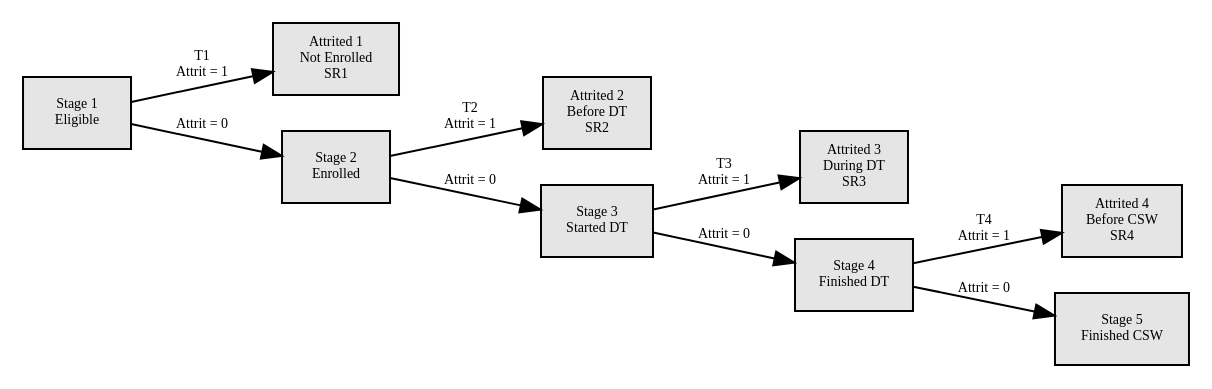
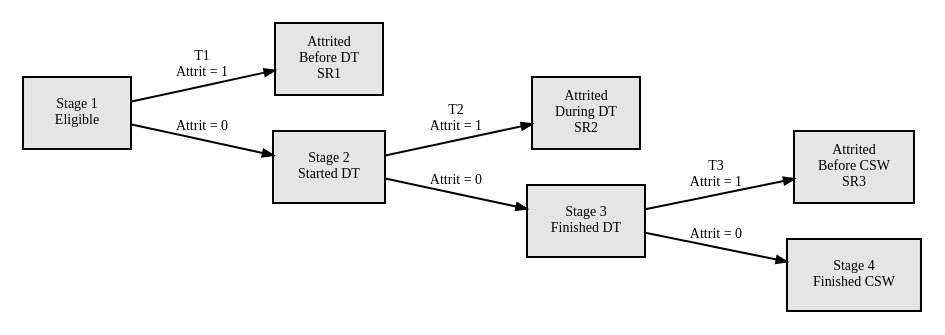
One commit to sjpierce/SANETPA changed the diagram in scripts/Descriptive_Analyses.qmd. Above: the diagram before and after it, drawn with Graphviz.

Commit message:
Update stages diagram to match revised Stage_Reached values.

````diff
--- a/scripts/Descriptive_Analyses.qmd
+++ b/scripts/Descriptive_Analyses.qmd
@@ -957,37 +957,34 @@
 ```{dot}
 //| label: fig-Stages
-//| fig-cap: Stages, Thresholds (T1-T4), and Stopping Ratios (SR1-SR4) in the 
+//| fig-cap: Stages, Thresholds (T1-T3), and Stopping Ratios (SR1-SR3) in the 
 //|          SANE Training Program. CSW, clinical skills workshop; DT, didactic 
 //|          training.
-//| fig-width: 6
-//| fig-height: 3
+//| fig-width: 5
+//| fig-height: 2.5
 
 digraph StagesModeled {
 
 graph [rankdir="LR"];
 
 node [shape = "box", style= "filled", fillcolor = "Gray90", fontsize = "7"];
-A1 [label = "Attrited 1\nNot Enrolled\nSR1"]
-A2 [label = "Attrited 2\nBefore DT\nSR2"]
-A3 [label = "Attrited 3\nDuring DT\nSR3"]
-A4 [label = "Attrited 4\nBefore CSW\nSR4"]
+A1 [label = "Attrited\nBefore DT\nSR1"]
+A2 [label = "Attrited\nDuring DT\nSR2"]
+A3 [label = "Attrited\nBefore CSW\nSR3"]
 
 S1 [label = "Stage 1\nEligible"]
-S2 [label = "Stage 2\nEnrolled"]
-S3 [label = "Stage 3\nStarted DT"]
-S4 [label = "Stage 4\nFinished DT"]
-S5 [label = "Stage 5\nFinished CSW"]
+S2 [label = "Stage 2\nStarted DT"]
+S3 [label = "Stage 3\nFinished DT"]
+S4 [label = "Stage 4\nFinished CSW"]
 
-edge [fontsize = "7"];
+edge [fontsize = "7", arrowsize = 0.5];
 
 S1 -> A1 [label = "T1\nAttrit = 1"]
 S2 -> A2 [label = "T2\nAttrit = 1"]
 S3 -> A3 [label = "T3\nAttrit = 1"]
-S4 -> A4 [label = "T4\nAttrit = 1"]
 
 S1 -> S2 [label = "Attrit = 0"]
 S2 -> S3 [label = "Attrit = 0"]
 S3 -> S4 [label = "Attrit = 0"]
-S4 -> S5 [label = "Attrit = 0"]
+
 }
 ```
````
